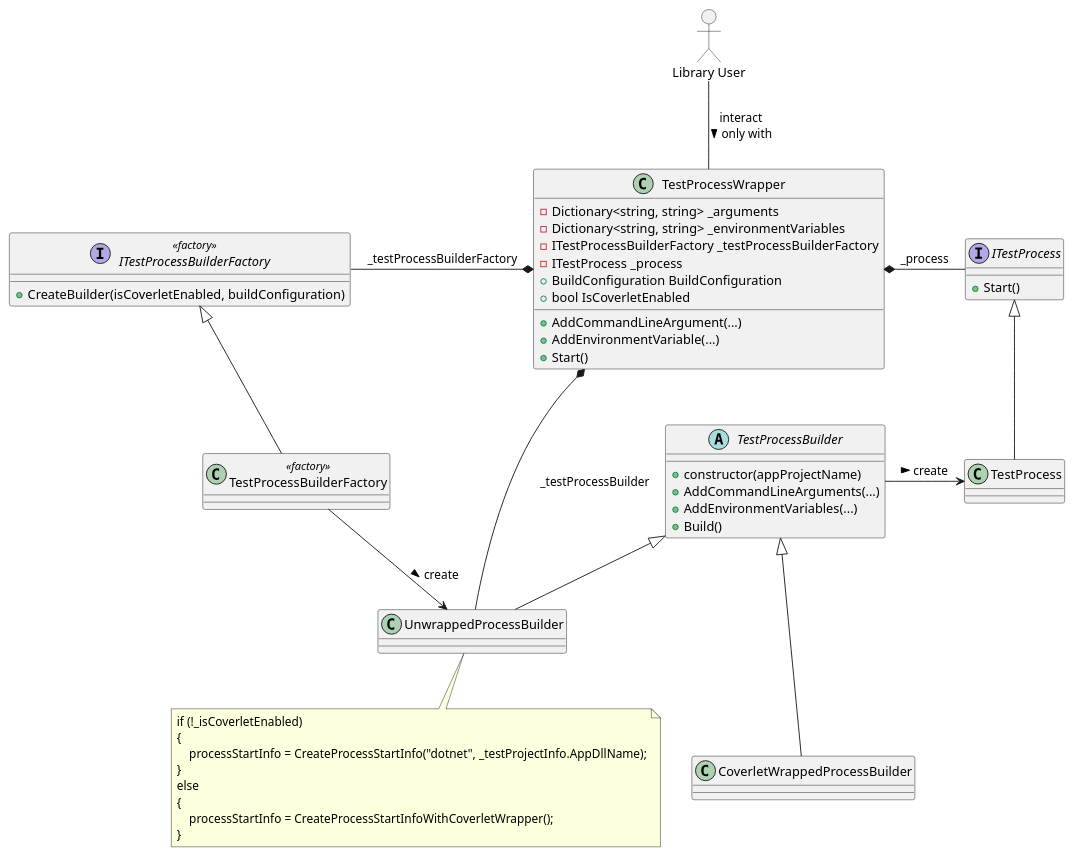
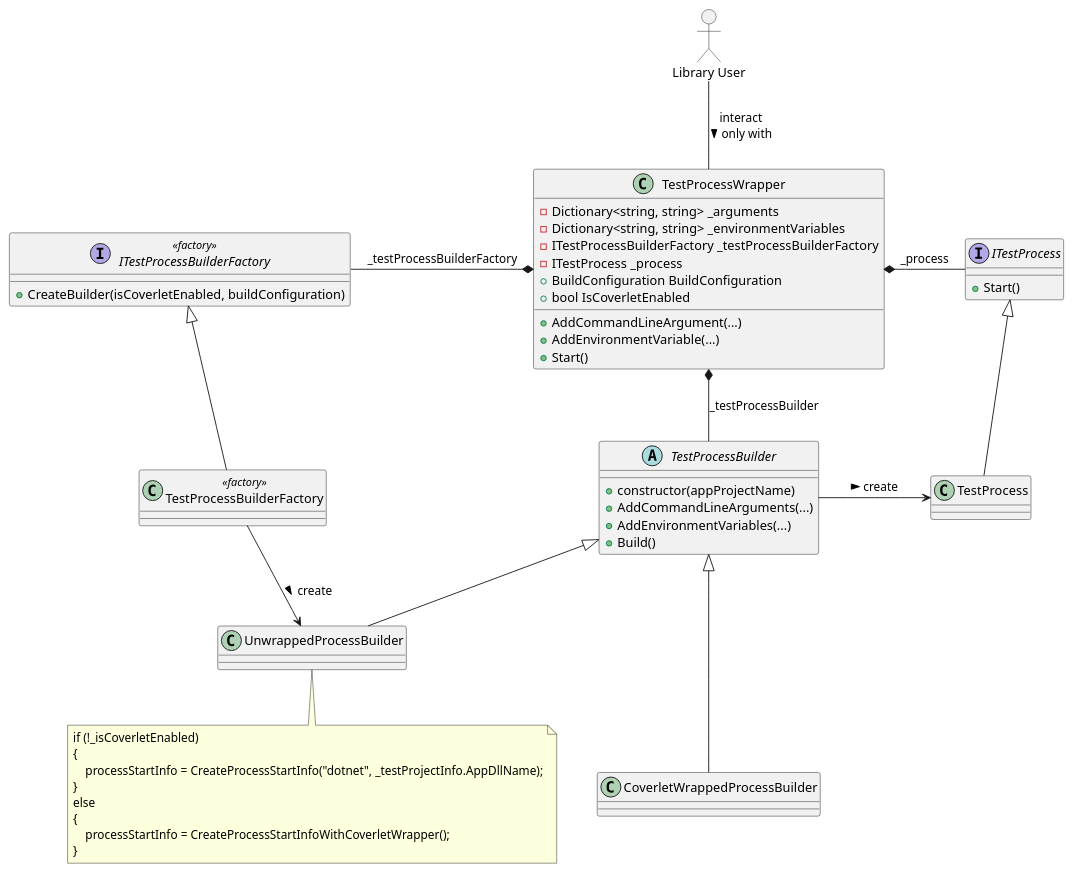
One commit to wonderbird/TestProcessWrapper changed the diagram in docs/current_create_process.puml. Above: the diagram before and after it, drawn with PlantUML. The commit also changed 4 other files, not shown here.

Commit message:
refactor: use abstract TestProcessBuilder instead of concrete UnwrappedTestProcessBuilder

```diff
--- a/docs/current_create_process.puml
+++ b/docs/current_create_process.puml
@@ -1,67 +1,67 @@
 @startuml
 allowmixing
 
 actor "Library User" as user
 
 class "TestProcessWrapper" as wrapper {
   - Dictionary<string, string> _arguments
   - Dictionary<string, string> _environmentVariables
   - ITestProcessBuilderFactory _testProcessBuilderFactory
   - ITestProcess _process
   + BuildConfiguration BuildConfiguration
   + bool IsCoverletEnabled
 
   + AddCommandLineArgument(...)
   + AddEnvironmentVariable(...)
   + Start()
 }
 
 user -- wrapper : interact\nonly with >
 
 interface "ITestProcessBuilderFactory" as factory_if << factory >> {
   + CreateBuilder(isCoverletEnabled, buildConfiguration)
 }
 
 class "TestProcessBuilderFactory" as factory << factory >>
 factory_if <|-- factory
 
 factory_if -* wrapper : _testProcessBuilderFactory
 
-abstract class "TestProcessBuilder" as new_builder {
+abstract class "TestProcessBuilder" as builder {
   + constructor(appProjectName)
   + AddCommandLineArguments(...)
   + AddEnvironmentVariables(...)
   + Build()
 }
 
-class "UnwrappedProcessBuilder" as builder
-new_builder <|-- builder
-factory --> builder : create >
-
 wrapper *-- builder : _testProcessBuilder
 
+class "UnwrappedProcessBuilder" as unwrapped_builder
+builder <|-- unwrapped_builder
+factory --> unwrapped_builder : create >
+
 class "CoverletWrappedProcessBuilder" as coverlet_builder
-new_builder <|--- coverlet_builder
+builder <|--- coverlet_builder
 
 interface "ITestProcess" as process_if {
   + Start()
 }
 
 wrapper *- process_if : _process
 
 class "TestProcess" as process
 process_if <|-- process
 
-new_builder -> process : create >
+builder -> process : create >
 
-note bottom of builder
+note bottom of unwrapped_builder
 if (!_isCoverletEnabled)
 {
     processStartInfo = CreateProcessStartInfo("dotnet", _testProjectInfo.AppDllName);
 }
 else
 {
     processStartInfo = CreateProcessStartInfoWithCoverletWrapper();
 }
 end note
 @enduml
```
